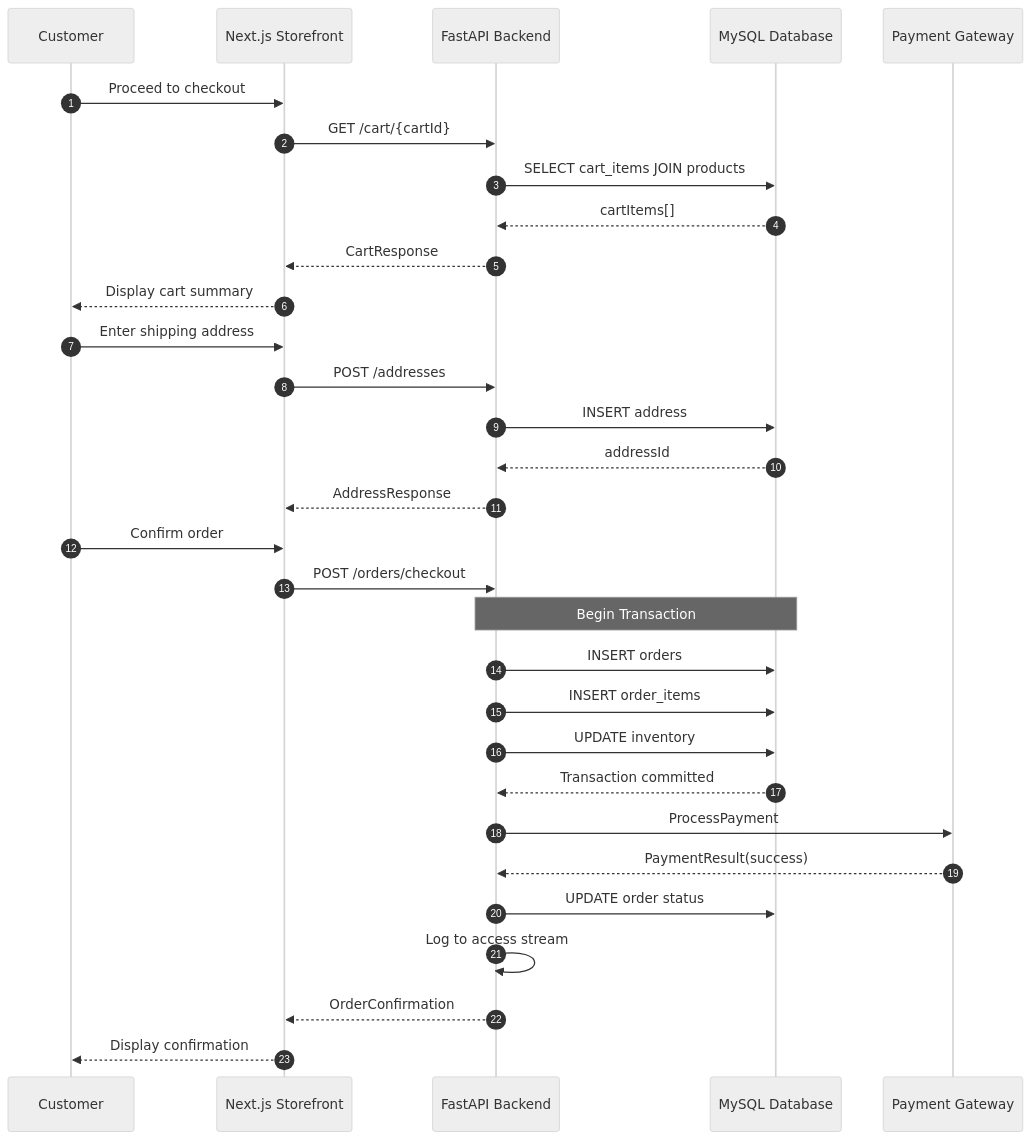
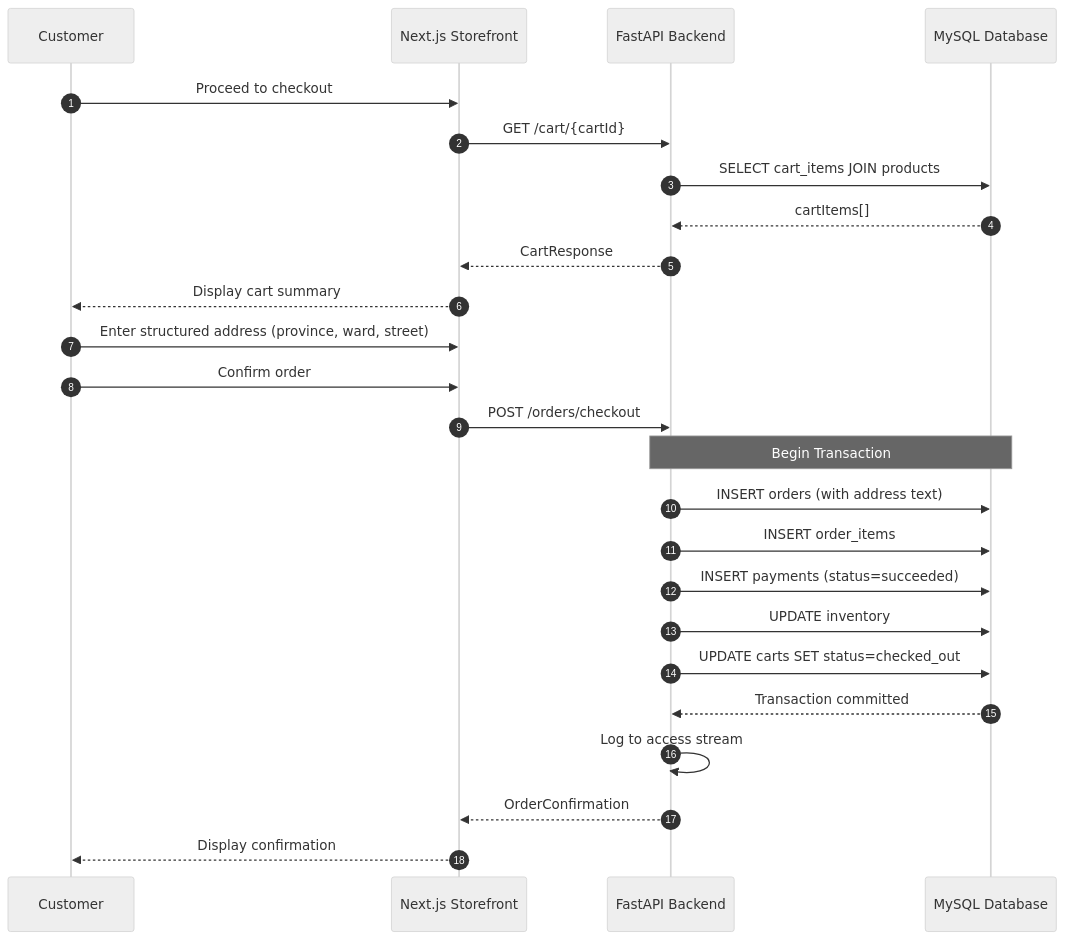
Before and after one commit to DanhTrannn/TLCN: diagram 26 of 60 in docs/design-analysis/OOSAD_ANALYSIS.md, drawn with Mermaid (neutral theme). The commit also changed other lines of this file, not shown here.

````diff
--- a/docs/design-analysis/OOSAD_ANALYSIS.md
+++ b/docs/design-analysis/OOSAD_ANALYSIS.md
@@ -1223,38 +1296,30 @@
 ```mermaid
 sequenceDiagram
     autonumber
     participant C as Customer
     participant FE as Next.js Storefront
     participant API as FastAPI Backend
     participant DB as MySQL Database
-    participant PG as Payment Gateway
     
     C->>FE: Proceed to checkout
     FE->>API: GET /cart/{cartId}
     API->>DB: SELECT cart_items JOIN products
     DB-->>API: cartItems[]
     API-->>FE: CartResponse
     FE-->>C: Display cart summary
     
-    C->>FE: Enter shipping address
-    FE->>API: POST /addresses
-    API->>DB: INSERT address
-    DB-->>API: addressId
-    API-->>FE: AddressResponse
-    
+    C->>FE: Enter structured address (province, ward, street)
     C->>FE: Confirm order
     FE->>API: POST /orders/checkout
     Note over API,DB: Begin Transaction
-    API->>DB: INSERT orders
+    API->>DB: INSERT orders (with address text)
     API->>DB: INSERT order_items
+    API->>DB: INSERT payments (status=succeeded)
     API->>DB: UPDATE inventory
+    API->>DB: UPDATE carts SET status=checked_out
     DB-->>API: Transaction committed
     
-    API->>PG: ProcessPayment
-    PG-->>API: PaymentResult(success)
-    
-    API->>DB: UPDATE order status
     API->>API: Log to access stream
     API-->>FE: OrderConfirmation
     FE-->>C: Display confirmation
 ```
````
